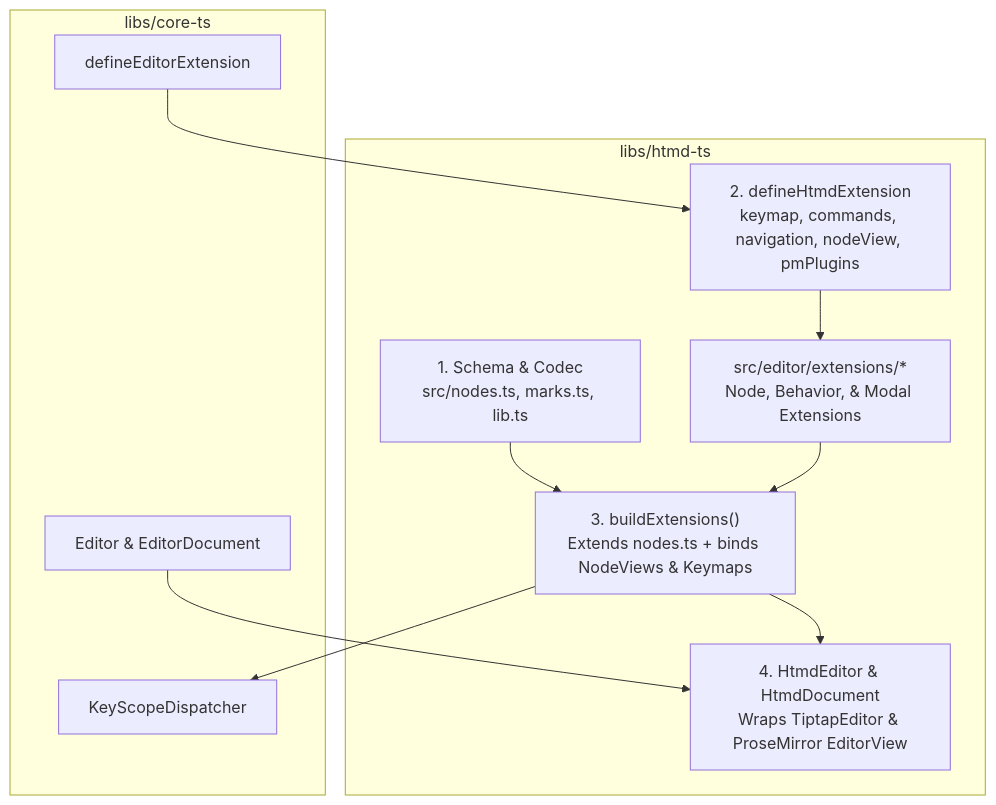
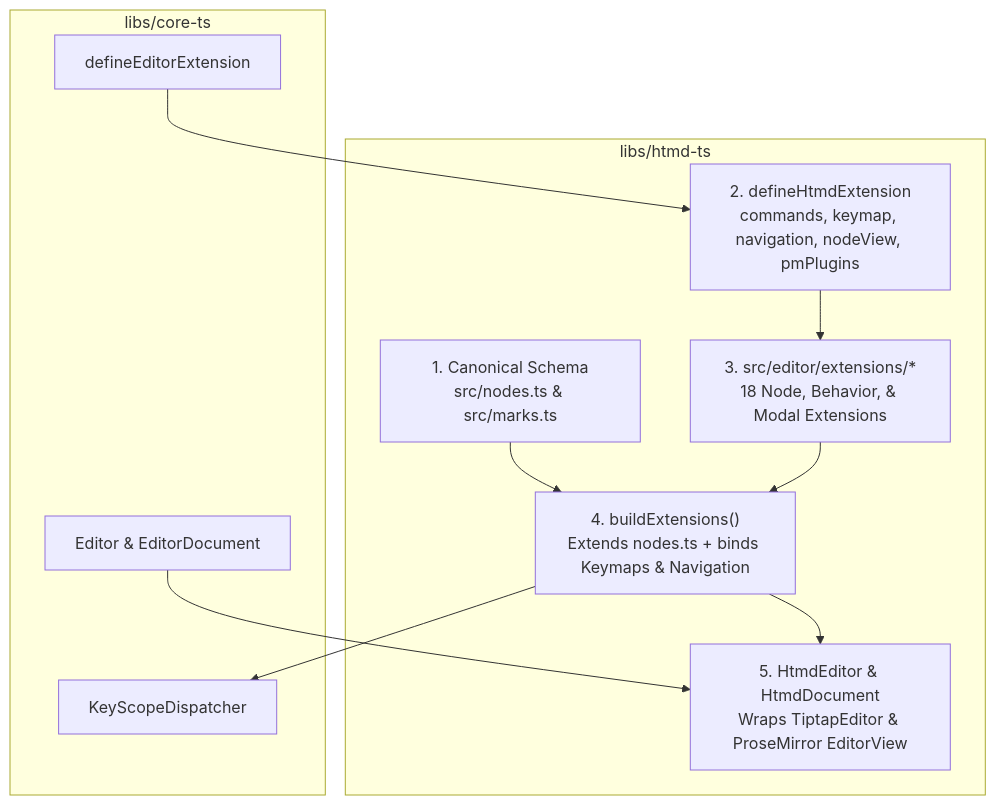
One commit to hypertextual/hypertextual changed the third of 8 diagrams in docs/architecture/htmd-ts/editor-extensions.md. Above: the diagram before and after it, drawn with Mermaid. The commit also changed other lines of this file and 4 other files, not shown here.

Commit message:
docs(architecture): rewrite editor and extension docs in simple English with diagrams and tables

````diff
--- a/docs/architecture/htmd-ts/editor-extensions.md
+++ b/docs/architecture/htmd-ts/editor-extensions.md
@@ -159,21 +106,21 @@
 ```mermaid
 flowchart TD
     subgraph CoreTS["libs/core-ts"]
         EditorContract["Editor & EditorDocument"]
         ExtContract["defineEditorExtension"]
         KeyScope["KeyScopeDispatcher"]
     end
 
     subgraph HtmdTS["libs/htmd-ts"]
-        NodesMarks["1. Schema & Codec<br/>src/nodes.ts, marks.ts, lib.ts"]
-        DefineExt["2. defineHtmdExtension<br/>keymap, commands, navigation, nodeView, pmPlugins"]
-        Exts["src/editor/extensions/*<br/>Node, Behavior, & Modal Extensions"]
-        BuildExts["3. buildExtensions()<br/>Extends nodes.ts + binds NodeViews & Keymaps"]
-        Controller["4. HtmdEditor & HtmdDocument<br/>Wraps TiptapEditor & ProseMirror EditorView"]
+        NodesMarks["1. Canonical Schema<br/>src/nodes.ts & src/marks.ts"]
+        DefineExt["2. defineHtmdExtension<br/>commands, keymap, navigation, nodeView, pmPlugins"]
+        Exts["3. src/editor/extensions/*<br/>18 Node, Behavior, & Modal Extensions"]
+        BuildExts["4. buildExtensions()<br/>Extends nodes.ts + binds Keymaps & Navigation"]
+        Controller["5. HtmdEditor & HtmdDocument<br/>Wraps TiptapEditor & ProseMirror EditorView"]
     end
 
     ExtContract --> DefineExt --> Exts
     NodesMarks & Exts --> BuildExts
     EditorContract & BuildExts --> Controller
     BuildExts --> KeyScope
 ```
````
